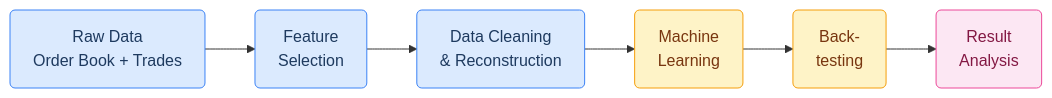
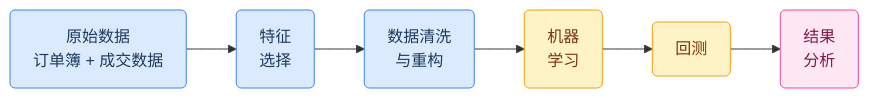
One commit to 1143051639Luke/Project-Market_Maker_Strategy-XGBoost changed the first of 5 diagrams in README.md. Above: the diagram before and after it, drawn with Mermaid. The commit also changed other lines of this file and 1 other file, not shown here.

````diff
--- a/README.md
+++ b/README.md
@@ -18,18 +24,18 @@
 ```mermaid
 flowchart LR
-    A("&ensp;Raw Data&ensp;\n&ensp;Order Book + Trades&ensp;")
-    B("&ensp;Feature&ensp;\n&ensp;Selection&ensp;")
-    C("&ensp;Data Cleaning&ensp;\n&ensp;& Reconstruction&ensp;")
-    D("&ensp;Machine&ensp;\n&ensp;Learning&ensp;")
-    E("&ensp;Back-&ensp;\n&ensp;testing&ensp;")
-    F("&ensp;Result&ensp;\n&ensp;Analysis&ensp;")
+    A("&ensp;原始数据&ensp;\n&ensp;订单簿 + 成交数据&ensp;")
+    B("&ensp;特征&ensp;\n&ensp;选择&ensp;")
+    C("&ensp;数据清洗&ensp;\n&ensp;与重构&ensp;")
+    D("&ensp;机器&ensp;\n&ensp;学习&ensp;")
+    E("&ensp;回测&ensp;")
+    F("&ensp;结果&ensp;\n&ensp;分析&ensp;")
 
     A --> B --> C --> D --> E --> F
 
     style A fill:#dbeafe,stroke:#3b82f6,color:#1e3a5f
     style B fill:#dbeafe,stroke:#3b82f6,color:#1e3a5f
     style C fill:#dbeafe,stroke:#3b82f6,color:#1e3a5f
     style D fill:#fef3c7,stroke:#f59e0b,color:#78350f
     style E fill:#fef3c7,stroke:#f59e0b,color:#78350f
     style F fill:#fce7f3,stroke:#ec4899,color:#831843
 ```
````
